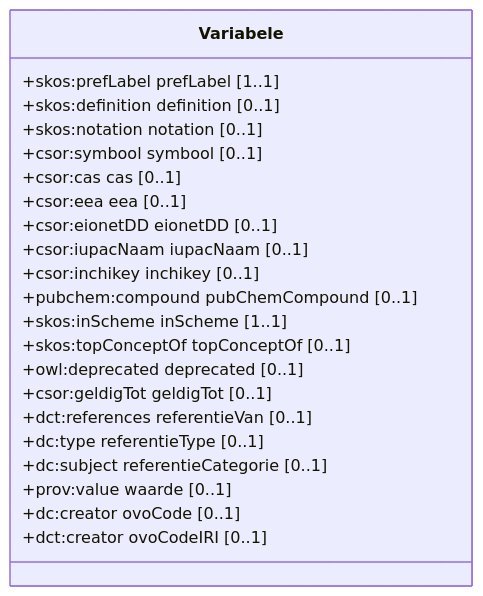
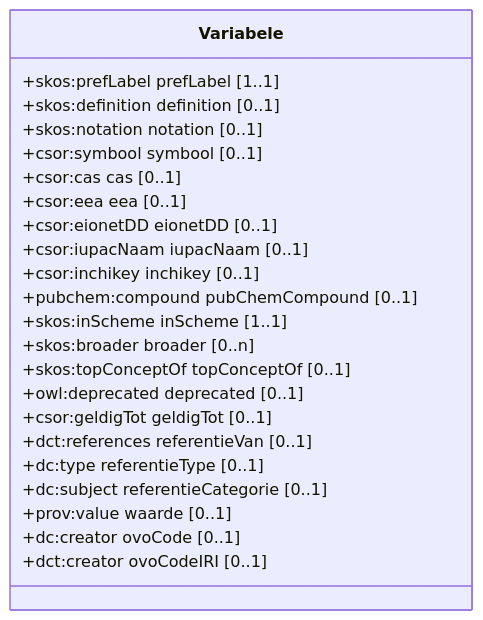
The diagram in docs/codelijsten/variabele.md (milieuinfo/codelijst-csor-config), drawn with Mermaid before and after one commit. The commit also changed 9 other files, not shown here.

````diff
--- a/docs/codelijsten/variabele.md
+++ b/docs/codelijsten/variabele.md
@@ -8,25 +8,26 @@
 ```mermaid
 classDiagram
     class Variabele {
         +skos:prefLabel prefLabel [1..1]
         +skos:definition definition [0..1]
         +skos:notation notation [0..1]
         +csor:symbool symbool [0..1]
         +csor:cas cas [0..1]
         +csor:eea eea [0..1]
         +csor:eionetDD eionetDD [0..1]
         +csor:iupacNaam iupacNaam [0..1]
         +csor:inchikey inchikey [0..1]
         +pubchem:compound pubChemCompound [0..1]
         +skos:inScheme inScheme [1..1]
+        +skos:broader broader [0..n]
         +skos:topConceptOf topConceptOf [0..1]
         +owl:deprecated deprecated [0..1]
         +csor:geldigTot geldigTot [0..1]
         +dct:references referentieVan [0..1]
         +dc:type referentieType [0..1]
         +dc:subject referentieCategorie [0..1]
         +prov:value waarde [0..1]
         +dc:creator ovoCode [0..1]
         +dct:creator ovoCodeIRI [0..1]
     }
 ```
````
